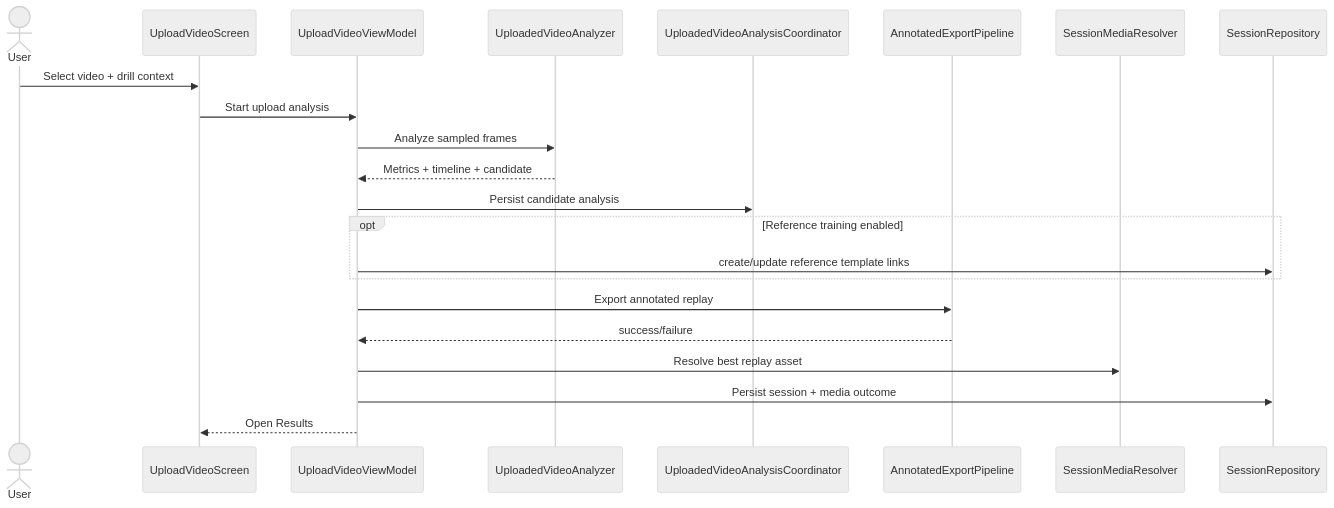
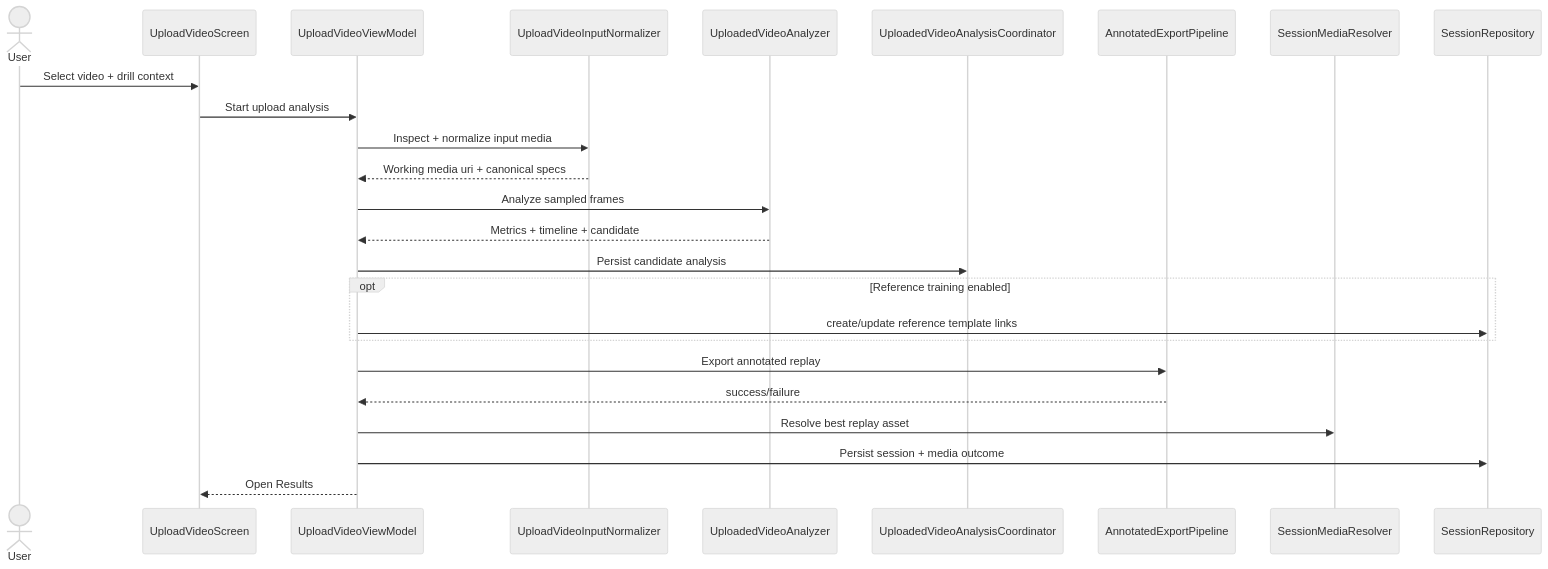
One commit to Voycepeh/CaliVision changed the diagram in docs/diagrams/sequence-import-analysis.md. Above: the diagram before and after it, drawn with Mermaid (neutral theme). The commit also changed 8 other files, not shown here.

Commit message:
Harden uploaded video ingest with canonical normalization stage

````diff
--- a/docs/diagrams/sequence-import-analysis.md
+++ b/docs/diagrams/sequence-import-analysis.md
@@ -3,27 +3,30 @@
 ```mermaid
 sequenceDiagram
     actor User
     participant UI as UploadVideoScreen
     participant VM as UploadVideoViewModel
+    participant Normalize as UploadVideoInputNormalizer
     participant Analyzer as UploadedVideoAnalyzer
     participant Coordinator as UploadedVideoAnalysisCoordinator
     participant Export as AnnotatedExportPipeline
     participant Resolver as SessionMediaResolver
     participant Repo as SessionRepository
 
     User->>UI: Select video + drill context
     UI->>VM: Start upload analysis
+    VM->>Normalize: Inspect + normalize input media
+    Normalize-->>VM: Working media uri + canonical specs
     VM->>Analyzer: Analyze sampled frames
     Analyzer-->>VM: Metrics + timeline + candidate
     VM->>Coordinator: Persist candidate analysis
 
     opt Reference training enabled
       VM->>Repo: create/update reference template links
     end
 
     VM->>Export: Export annotated replay
     Export-->>VM: success/failure
     VM->>Resolver: Resolve best replay asset
     VM->>Repo: Persist session + media outcome
     VM-->>UI: Open Results
 ```
````
